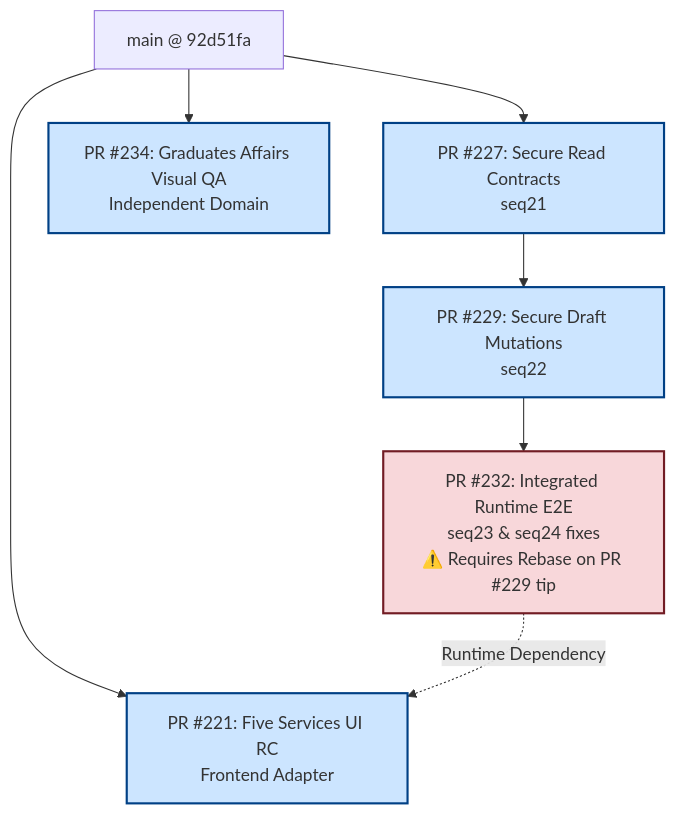
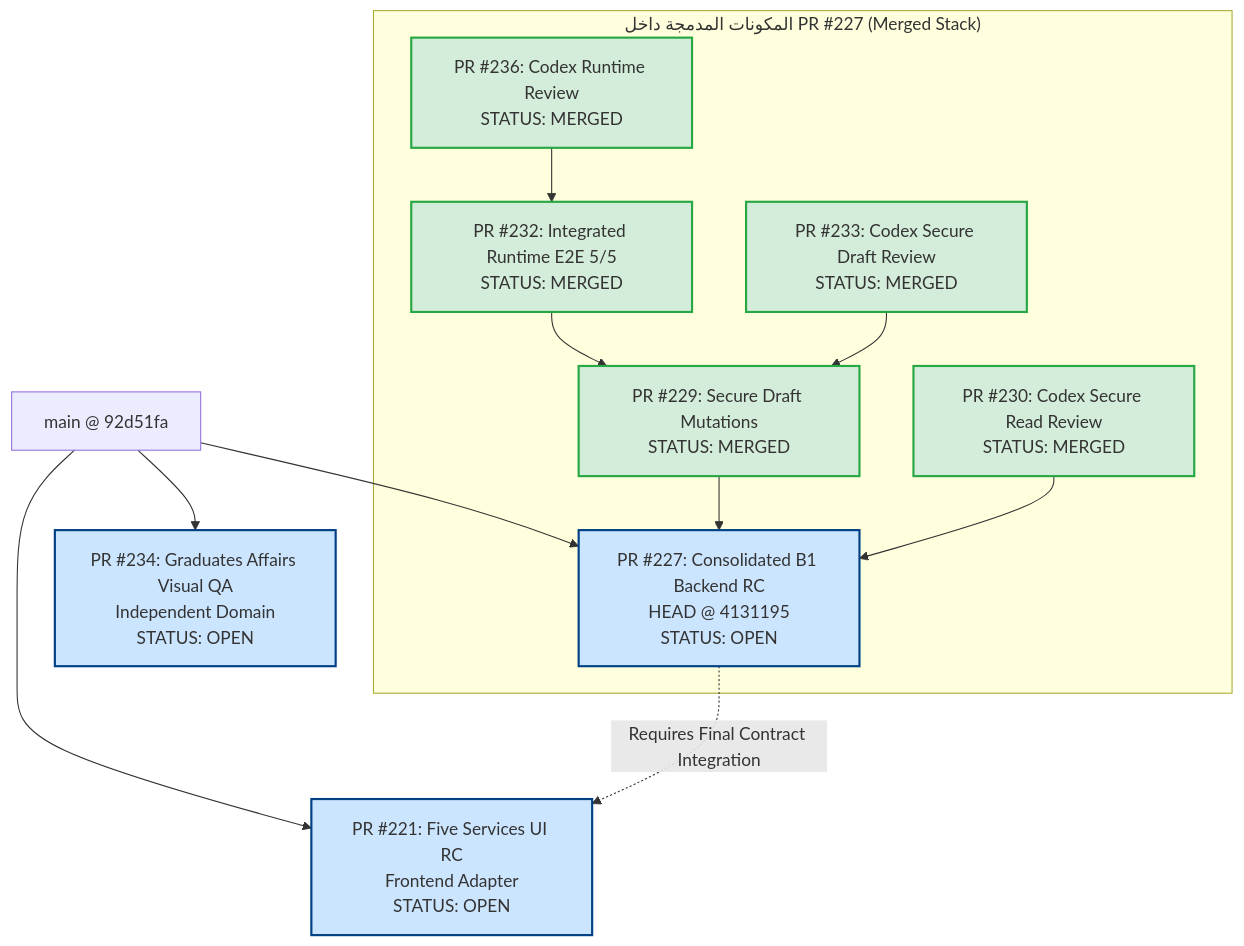
Before and after one commit to msorori-mh/saba-uni-portal: the diagram in docs/PORTAL-B1-STACKED-PRS-DEPENDENCY-AND-RELEASE-INTEGRATION-AUDIT-01-REPORT.md, drawn with Mermaid. The commit also changed other lines of this file, not shown here.

Commit message:
docs(b1): update live stack inventory and merge status

````diff
--- a/docs/PORTAL-B1-STACKED-PRS-DEPENDENCY-AND-RELEASE-INTEGRATION-AUDIT-01-REPORT.md
+++ b/docs/PORTAL-B1-STACKED-PRS-DEPENDENCY-AND-RELEASE-INTEGRATION-AUDIT-01-REPORT.md
@@ -51,16 +64,22 @@
 ```mermaid
 graph TD
-    M[main @ 92d51fa] --> PR227[PR #227: Secure Read Contracts<br/>seq21]
-    PR227 --> PR229[PR #229: Secure Draft Mutations<br/>seq22]
-    PR229 --> PR232[PR #232: Integrated Runtime E2E<br/>seq23 & seq24 fixes<br/>⚠️ Requires Rebase on PR #229 tip]
-    M --> PR221[PR #221: Five Services UI RC<br/>Frontend Adapter]
-    PR232 -.->|Runtime Dependency| PR221
-    M --> PR234[PR #234: Graduates Affairs Visual QA<br/>Independent Domain]
+    M[main @ 92d51fa] --> PR227[PR #227: Consolidated B1 Backend RC<br/>HEAD @ 4131195<br/>STATUS: OPEN]
+
+    subgraph Merged_Backend_Stack ["المكونات المدمجة داخل PR #227 (Merged Stack)"]
+        PR229[PR #229: Secure Draft Mutations<br/>STATUS: MERGED] --> PR227
+        PR232[PR #232: Integrated Runtime E2E 5/5<br/>STATUS: MERGED] --> PR229
+        PR236[PR #236: Codex Runtime Review<br/>STATUS: MERGED] --> PR232
+        PR230[PR #230: Codex Secure Read Review<br/>STATUS: MERGED] --> PR227
+        PR233[PR #233: Codex Secure Draft Review<br/>STATUS: MERGED] --> PR229
+    end
+
+    M --> PR221[PR #221: Five Services UI RC<br/>Frontend Adapter<br/>STATUS: OPEN]
+    PR227 -.->|Requires Final Contract Integration| PR221
+    M --> PR234[PR #234: Graduates Affairs Visual QA<br/>Independent Domain<br/>STATUS: OPEN]
 
     classDef merged fill:#d4edda,stroke:#28a745,stroke-width:2px;
     classDef open fill:#cce5ff,stroke:#004085,stroke-width:2px;
-    classDef conflict fill:#f8d7da,stroke:#721c24,stroke-width:2px;
 
-    class PR227,PR229,PR221,PR234 open;
-    class PR232 conflict;
+    class PR227,PR221,PR234 open;
+    class PR229,PR232,PR236,PR230,PR233 merged;
 ```
````
